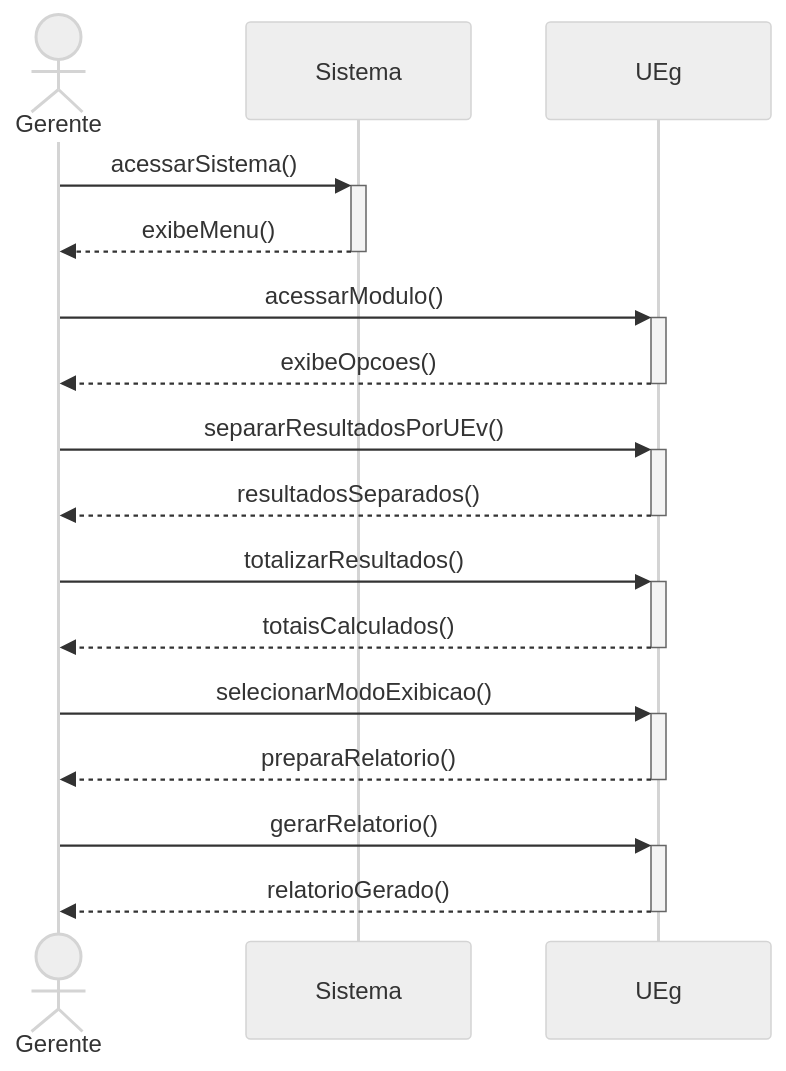
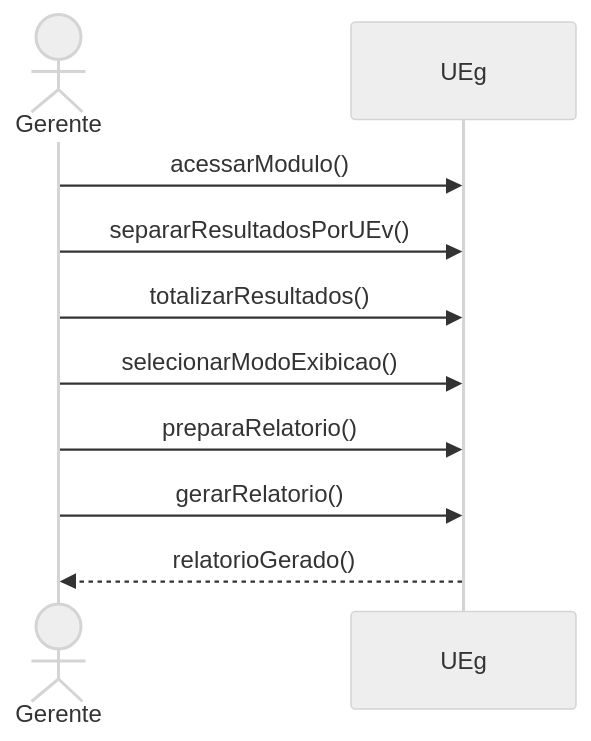
One commit to CittaSebas/UrnaEletronica changed the second of 6 diagrams in README.md. Above: the diagram before and after it, drawn with Mermaid (neutral theme). The commit also changed other lines of this file, not shown here.

Commit message:
Atualizei o diagrama de classes e os de sequência, bem como o UC_06 e o UC_04

````diff
--- a/README.md
+++ b/README.md
@@ -120,23 +111,13 @@
 ```mermaid
 sequenceDiagram
     actor Gerente
-    participant Sistema
     participant UEg
-Gerente->>+Sistema: acessarSistema()
-    Sistema-->>-Gerente: exibeMenu()
 
-    Gerente->>+UEg: acessarModulo()
-    UEg-->>-Gerente: exibeOpcoes()
-
-    Gerente->>+UEg: separarResultadosPorUEv()
-    UEg-->>-Gerente: resultadosSeparados()
-
-    Gerente->>+UEg: totalizarResultados()
-    UEg-->>-Gerente: totaisCalculados()
-
-    Gerente->>+UEg: selecionarModoExibicao()
-    UEg-->>-Gerente: preparaRelatorio()
-
-    Gerente->>+UEg: gerarRelatorio()
-    UEg-->>-Gerente: relatorioGerado()
+    Gerente->>UEg: acessarModulo()
+    Gerente->>UEg: separarResultadosPorUEv()
+    Gerente->>UEg: totalizarResultados()
+    Gerente->>UEg: selecionarModoExibicao()
+    Gerente->>UEg: preparaRelatorio()
+    Gerente->>UEg: gerarRelatorio()
+    UEg-->>Gerente: relatorioGerado()
 ```
````
